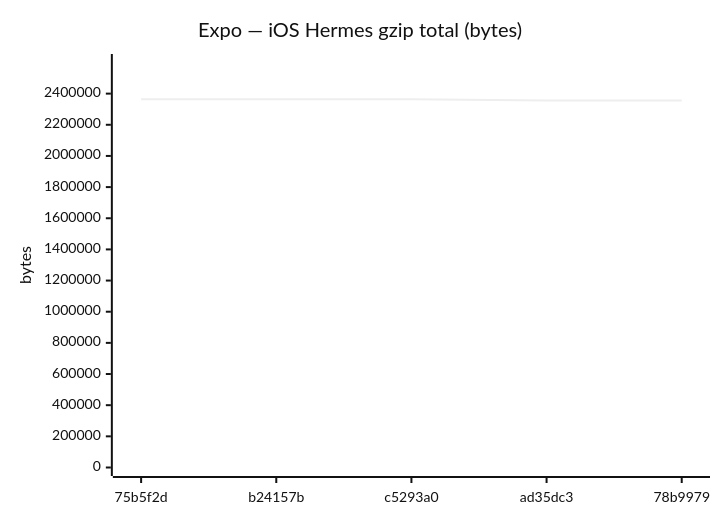
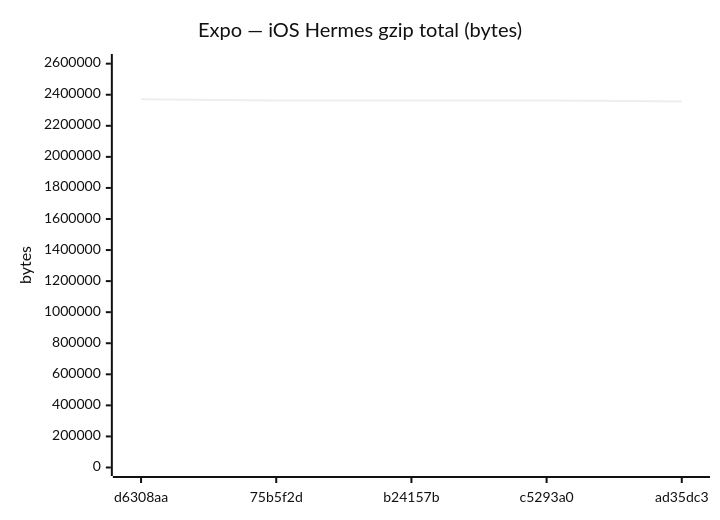
Before and after one commit to Metaheurist/Rianell: diagram 16 of 24 in benchmarks/compare.md, drawn with Mermaid (neutral theme). The commit also changed other lines of this file and 14 other files, not shown here.

````diff
--- a/benchmarks/compare.md
+++ b/benchmarks/compare.md
@@ -228,7 +228,7 @@
 ```mermaid
 xychart-beta
     title "Expo — iOS Hermes gzip total (bytes)"
-    x-axis ["75b5f2d", "b24157b", "c5293a0", "ad35dc3", "78b9979"]
-    y-axis "bytes" 0 --> 2599775
-    line [2363429, 2363431, 2363430, 2356086, 2356086]
+    x-axis ["d6308aa", "75b5f2d", "b24157b", "c5293a0", "ad35dc3"]
+    y-axis "bytes" 0 --> 2607543
+    line [2370493, 2363429, 2363431, 2363430, 2356086]
 ```
````
